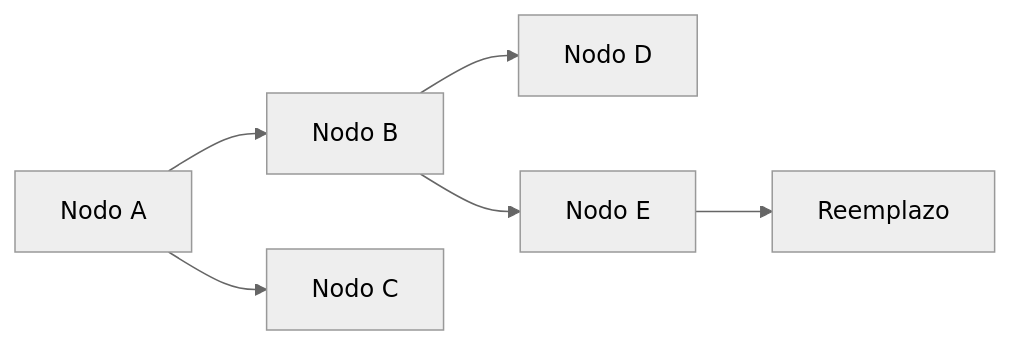
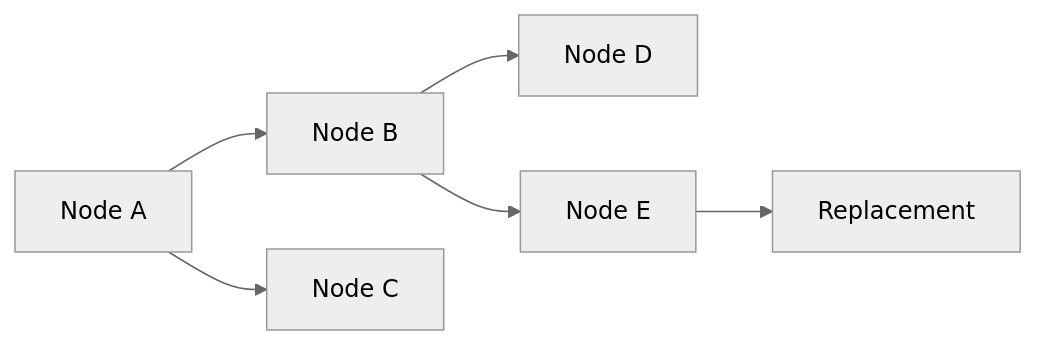
One commit to StevenMolina22/adt_c changed the second of 8 diagrams in readME.md. Above: the diagram before and after it, drawn with Mermaid (neutral theme). The commit also changed other lines of this file, not shown here.

````diff
--- a/readME.md
+++ b/readME.md
@@ -248,8 +246,8 @@
 ```mermaid
 graph LR;
-    A[Nodo A] --> B[Nodo B]
-    A --> C[Nodo C]
-    B --> D[Nodo D]
-    B --> E[Nodo E]
-    E --> F[Reemplazo]
+    A[Node A] --> B[Node B]
+    A --> C[Node C]
+    B --> D[Node D]
+    B --> E[Node E]
+    E --> F[Replacement]
 ```
````
